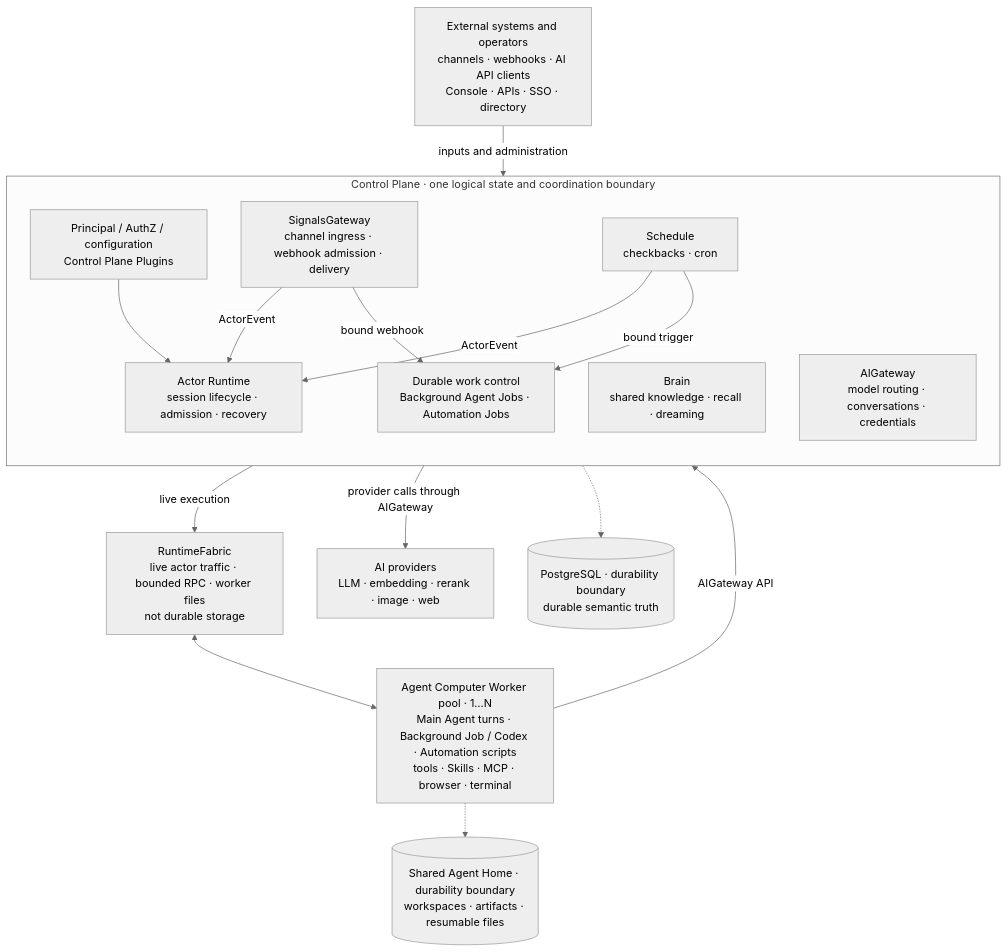
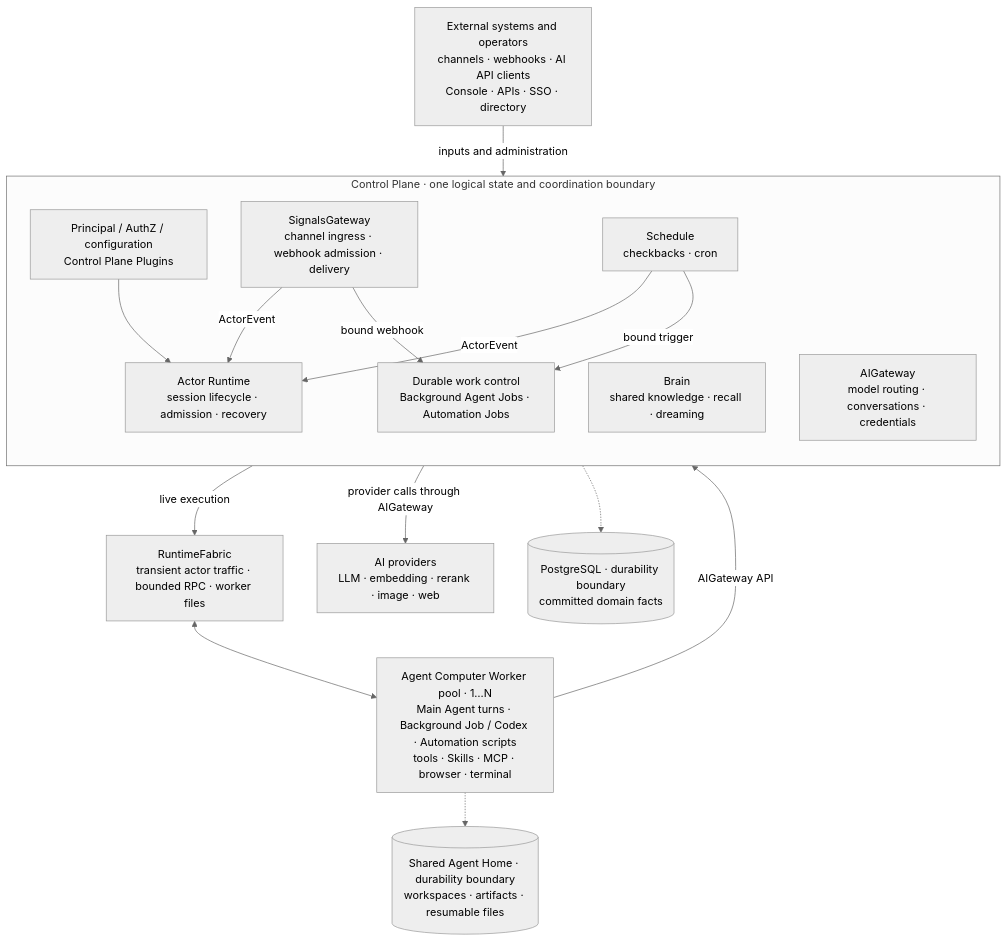
The diagram in README.md (AgentBull/ankole), drawn with Mermaid (neutral theme) before and after one commit. The commit also changed other lines of this file and 450 other files, not shown here.

````diff
--- a/README.md
+++ b/README.md
@@ -86,35 +72,35 @@
 ```mermaid
 flowchart TB
   External["External systems and operators<br/>channels · webhooks · AI API clients<br/>Console · APIs · SSO · directory"]
 
   subgraph Control["Control Plane · one logical state and coordination boundary"]
     direction TB
     Platform["Principal / AuthZ / configuration<br/>Control Plane Plugins"]
     SG["SignalsGateway<br/>channel ingress · webhook admission · delivery"]
     Schedule["Schedule<br/>checkbacks · cron"]
     Runtime["Actor Runtime<br/>session lifecycle · admission · recovery"]
     Jobs["Durable work control<br/>Background Agent Jobs · Automation Jobs"]
     Brain["Brain<br/>shared knowledge · recall · dreaming"]
     AI["AIGateway<br/>model routing · conversations · credentials"]
   end
 
-  Fabric["RuntimeFabric<br/>live actor traffic · bounded RPC · worker files<br/>not durable storage"]
+  Fabric["RuntimeFabric<br/>transient actor traffic · bounded RPC · worker files"]
   Workers["Agent Computer Worker pool · 1…N<br/>Main Agent turns · Background Job / Codex · Automation scripts<br/>tools · Skills · MCP · browser · terminal"]
   Providers["AI providers<br/>LLM · embedding · rerank · image · web"]
 
-  PG[("PostgreSQL · durability boundary<br/>durable semantic truth")]
+  PG[("PostgreSQL · durability boundary<br/>committed domain facts")]
   Home[("Shared Agent Home · durability boundary<br/>workspaces · artifacts · resumable files")]
 
   External -->|"inputs and administration"| Control
   SG -->|"ActorEvent"| Runtime
   Schedule -->|"ActorEvent"| Runtime
   SG -->|"bound webhook"| Jobs
   Schedule -->|"bound trigger"| Jobs
   Platform --> Runtime
   Control -->|"live execution"| Fabric
   Fabric <--> Workers
   Workers -->|"AIGateway API"| Control
   Control -->|"provider calls through AIGateway"| Providers
   Control -.-> PG
   Workers -.-> Home
 ```
````
